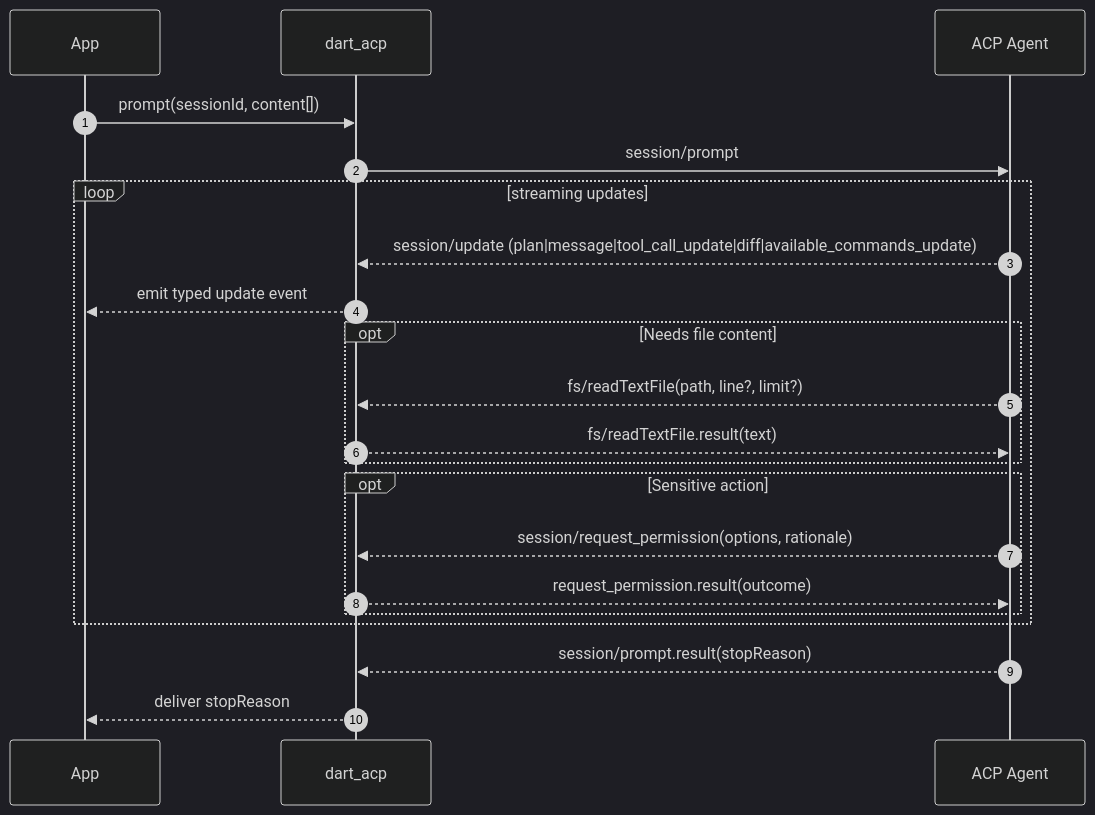
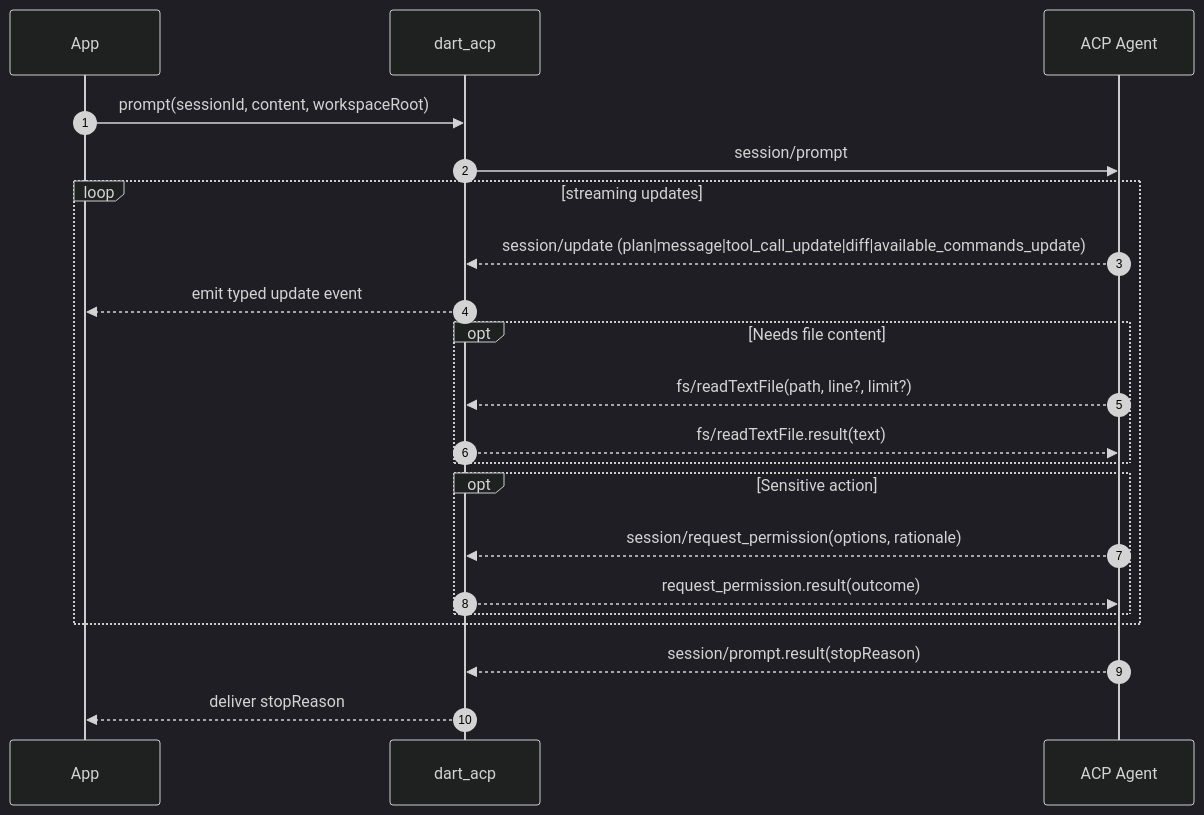
Before and after one commit to csells/dart_acp: the third of 5 diagrams in specs/dart_acp_technical_design.md, drawn with Mermaid (dark theme). The commit also changed other lines of this file and 66 other files, not shown here.

````diff
--- a/specs/dart_acp_technical_design.md
+++ b/specs/dart_acp_technical_design.md
@@ -132,24 +136,24 @@
 ```mermaid
 sequenceDiagram
   autonumber
   participant App
   participant Lib as dart_acp
   participant Agent as ACP Agent
 
-  App->>Lib: prompt(sessionId, content[])
+  App->>Lib: prompt(sessionId, content, workspaceRoot)
   Lib->>Agent: session/prompt
   loop streaming updates
     Agent-->>Lib: session/update (plan|message|tool_call_update|diff|available_commands_update)
     Lib-->>App: emit typed update event
     opt Needs file content
       Agent-->>Lib: fs/readTextFile(path, line?, limit?)
       Lib-->>Agent: fs/readTextFile.result(text)
     end
     opt Sensitive action
       Agent-->>Lib: session/request_permission(options, rationale)
       Lib-->>Agent: request_permission.result(outcome)
     end
   end
   Agent-->>Lib: session/prompt.result(stopReason)
   Lib-->>App: deliver stopReason
 ```
````
